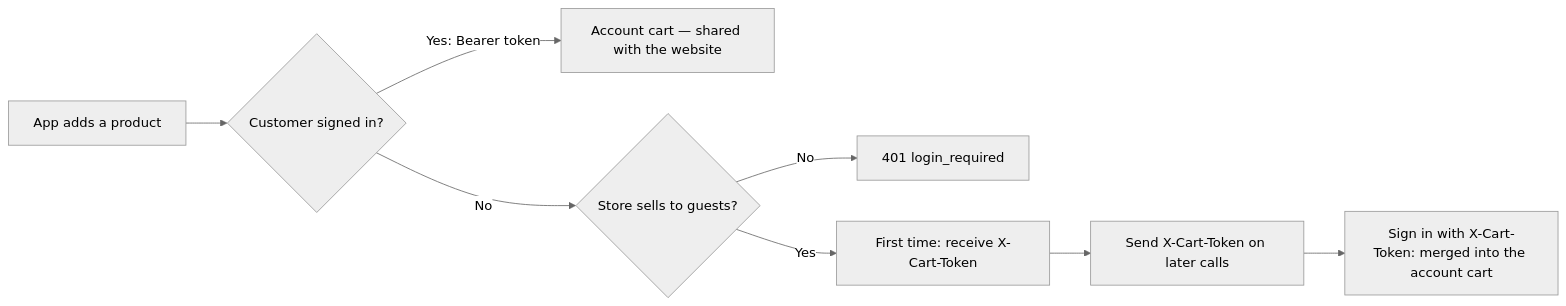
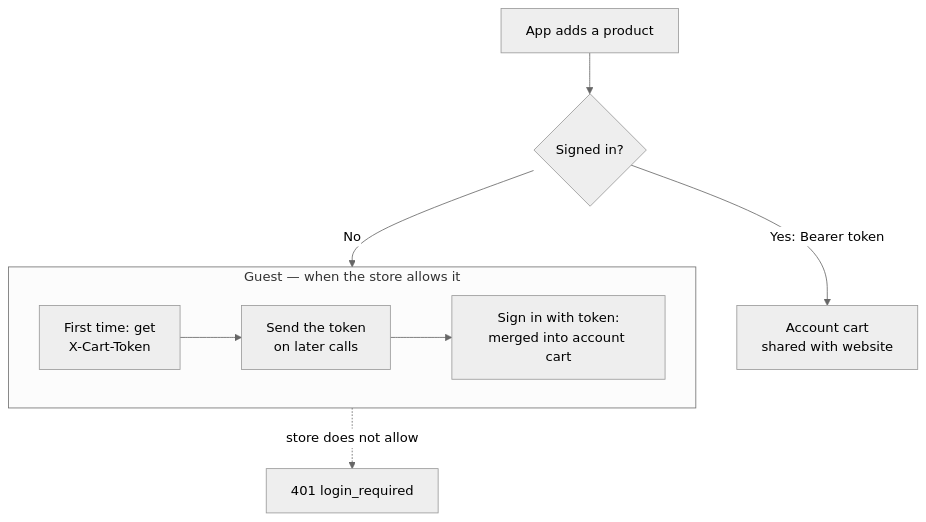
One commit to gp247net/gp247-docs changed the second of 5 diagrams in api/api-storefront.md. Above: the diagram before and after it, drawn with Mermaid (neutral theme). The commit also changed other lines of this file and 44 other files, not shown here.

First line of the commit message:
docs: redraw oversized diagrams in security, API and MCP docs (vi/en/ja)

````diff
--- a/api/api-storefront.md
+++ b/api/api-storefront.md
@@ -170,10 +159,11 @@
 ```mermaid
-flowchart LR
-  A[App adds a product] --> B{Customer signed in?}
-  B -- Yes: Bearer token --> C[Account cart — shared with the website]
-  B -- No --> D{Store sells to guests?}
-  D -- No --> E[401 login_required]
-  D -- Yes --> F[First time: receive X-Cart-Token]
-  F --> G[Send X-Cart-Token on later calls]
-  G --> H[Sign in with X-Cart-Token: merged into the account cart]
+flowchart TB
+  A[App adds a product] --> B{Signed in?}
+  B -- Yes: Bearer token --> C[Account cart<br/>shared with website]
+  B -- No --> V
+  subgraph V[Guest — when the store allows it]
+    direction LR
+    F[First time: get<br/>X-Cart-Token] --> G[Send the token<br/>on later calls] --> H[Sign in with token:<br/>merged into account cart]
+  end
+  V -. "store does not allow" .-> E[401 login_required]
 ```
````
